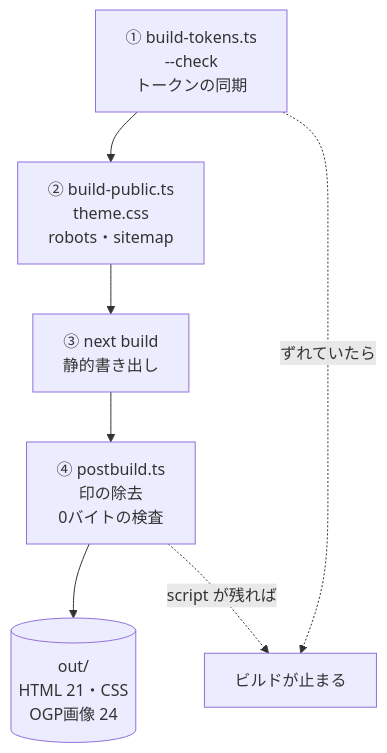
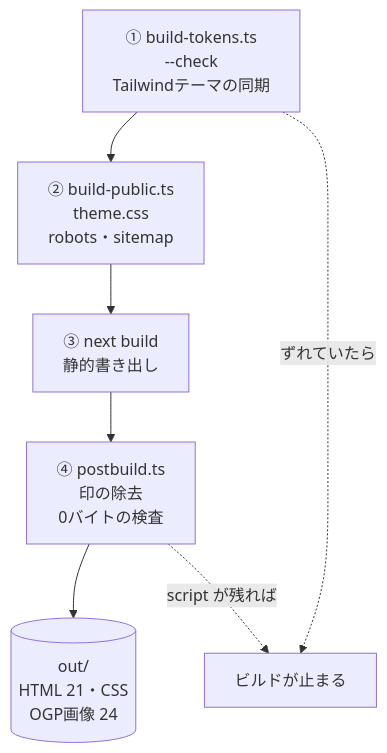
The first of 4 diagrams in site/README.md (bright-broom/tsumugi), drawn with Mermaid before and after one commit. The commit also changed other lines of this file and 40 other files, not shown here.

Commit message:
Centralize styling with Tailwind CSS and shared theme tokens

````diff
--- a/site/README.md
+++ b/site/README.md
@@ -25,9 +25,9 @@
 ```mermaid
 flowchart TD
-  s1["① build-tokens.ts<br/>--check<br/>トークンの同期"] --> s2["② build-public.ts<br/>theme.css<br/>robots・sitemap"]
+  s1["① build-tokens.ts<br/>--check<br/>Tailwindテーマの同期"] --> s2["② build-public.ts<br/>theme.css<br/>robots・sitemap"]
   s2 --> s3["③ next build<br/>静的書き出し"]
   s3 --> s4["④ postbuild.ts<br/>印の除去<br/>0バイトの検査"]
   s4 --> out[("out/<br/>HTML 21・CSS<br/>OGP画像 24")]
   s1 -.->|ずれていたら| stop["ビルドが止まる"]
   s4 -.->|script が残れば| stop
 ```
````
